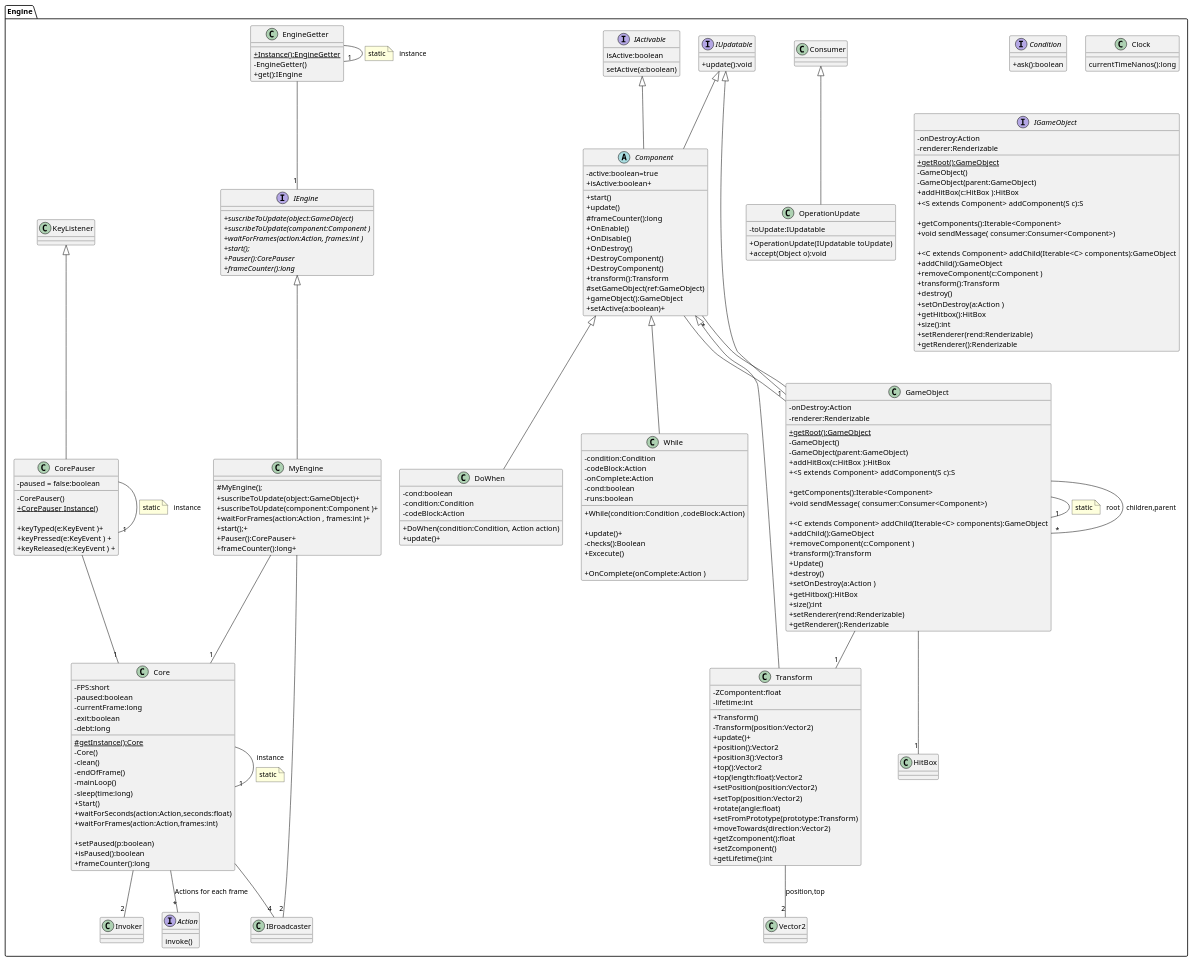
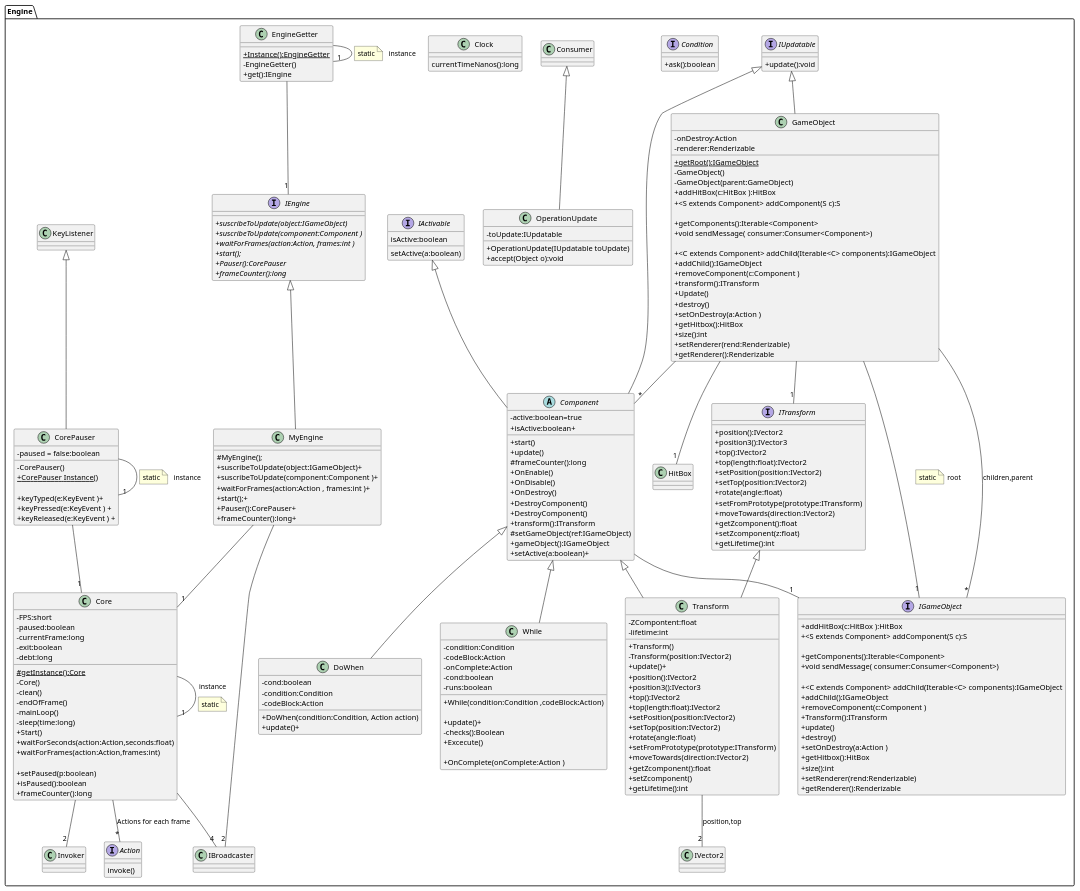
One commit to Nicolas-Guasch/Proyecto-TDP changed the diagram in ProyectoTDP/src/Engine/Engine.puml. Above: the diagram before and after it, drawn with PlantUML. The commit also changed 12 other files, not shown here.

```diff
--- a/ProyectoTDP/src/Engine/Engine.puml
+++ b/ProyectoTDP/src/Engine/Engine.puml
@@ -2,7 +2,7 @@
 skinparam classAttributeIconSize 0
 package Engine{
     interface IEngine{
-        +{abstract}suscribeToUpdate(object:GameObject)
+        +{abstract}suscribeToUpdate(object:IGameObject)
         +{abstract}suscribeToUpdate(component:Component )
         +{abstract}waitForFrames(action:Action, frames:int )
         +{abstract}start();
@@ -39,7 +39,7 @@
     MyEngine -- "2" IBroadcaster
     class MyEngine{
         #MyEngine();
-        +suscribeToUpdate(object:GameObject)+
+        +suscribeToUpdate(object:IGameObject)+
         +suscribeToUpdate(component:Component )+
         +waitForFrames(action:Action , frames:int )+
         +start();+
@@ -57,7 +57,7 @@
     }
 
     IActivable <|-- Component
-    Component -- "1" GameObject
+    Component -- "1" IGameObject
     abstract class Component{
         -active:boolean=true
         +start()
@@ -68,47 +68,43 @@
         +OnDestroy()
         +DestroyComponent()
         +DestroyComponent()
-        +transform():Transform
-        #setGameObject(ref:GameObject)
-        +gameObject():GameObject
+        +transform():ITransform
+        #setGameObject(ref:IGameObject)
+        +gameObject():IGameObject
         +isActive:boolean+
         +setActive(a:boolean)+
     }
 
     Interface IGameObject
         {
-            +{static} getRoot():GameObject
-            -GameObject()
-            -GameObject(parent:GameObject)
             +addHitBox(c:HitBox ):HitBox
             +<S extends Component> addComponent(S c):S
 
             +getComponents():Iterable<Component>
             +void sendMessage( consumer:Consumer<Component>)
 
-            +<C extends Component> addChild(Iterable<C> components):GameObject
-            +addChild():GameObject
+            +<C extends Component> addChild(Iterable<C> components):IGameObject
+            +addChild():IGameObject
             +removeComponent(c:Component )
-            +transform():Transform
+            +Transform():ITransform
+            +update()
             +destroy()
-            -onDestroy:Action
             +setOnDestroy(a:Action )
             +getHitbox():HitBox
             +size():int
-            -renderer:Renderizable
             +setRenderer(rend:Renderizable)
             +getRenderer():Renderizable
         }
 
-    GameObject -- "1" GameObject:root
+    GameObject -- "1" IGameObject:root
     note left on link: static
-    GameObject -- "*"GameObject:children,parent
+    GameObject -- "*"IGameObject:children,parent
     GameObject -- "*"Component
-    GameObject -- "1"Transform
+    GameObject -- "1"ITransform
     GameObject -- "1"HitBox
     class GameObject
     {
-        +{static} getRoot():GameObject
+        +{static} getRoot():IGameObject
         -GameObject()
         -GameObject(parent:GameObject)
         +addHitBox(c:HitBox ):HitBox
@@ -117,10 +113,10 @@
         +getComponents():Iterable<Component>
         +void sendMessage( consumer:Consumer<Component>)
 
-        +<C extends Component> addChild(Iterable<C> components):GameObject
-        +addChild():GameObject
+        +<C extends Component> addChild(Iterable<C> components):IGameObject
+        +addChild():IGameObject
         +removeComponent(c:Component )
-        +transform():Transform
+        +transform():ITransform
         +Update()
         +destroy()
         -onDestroy:Action
@@ -132,24 +128,40 @@
         +getRenderer():Renderizable
     }
 
+    interface ITransform{
+        +position():IVector2
+        +position3():IVector3
+        +top():IVector2
+        +top(length:float):IVector2
+        +setPosition(position:IVector2)
+        +setTop(position:IVector2)
+        +rotate(angle:float)
+        +setFromPrototype(prototype:ITransform)
+        +moveTowards(direction:IVector2)
+        +getZcomponent():float
+        +setZcomponent(z:float)
+        +getLifetime():int
+    }
+
+    ITransform <|-- Transform
     Component <|-- Transform
-    Transform -- "2"  Vector2: position,top
+    Transform -- "2"  IVector2: position,top
     class Transform{
         -ZCompontent:float
         -lifetime:int
 
         +Transform()
-        -Transform(position:Vector2)
+        -Transform(position:IVector2)
         +update()+
-        +position():Vector2
-        +position3():Vector3
-        +top():Vector2
-        +top(length:float):Vector2
-        +setPosition(position:Vector2)
-        +setTop(position:Vector2)
+        +position():IVector2
+        +position3():IVector3
+        +top():IVector2
+        +top(length:float):IVector2
+        +setPosition(position:IVector2)
+        +setTop(position:IVector2)
         +rotate(angle:float)
-        +setFromPrototype(prototype:Transform)
-        +moveTowards(direction:Vector2)
+        +setFromPrototype(prototype:ITransform)
+        +moveTowards(direction:IVector2)
         +getZcomponent():float
         +setZcomponent()
         +getLifetime():int
```
